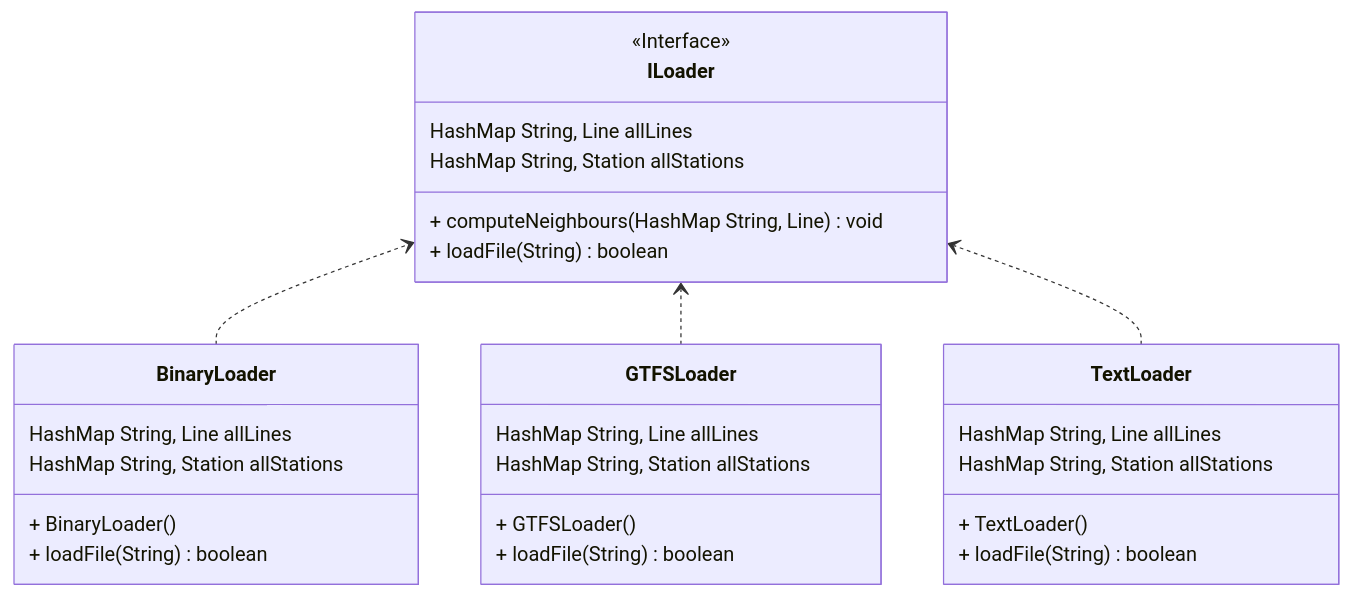
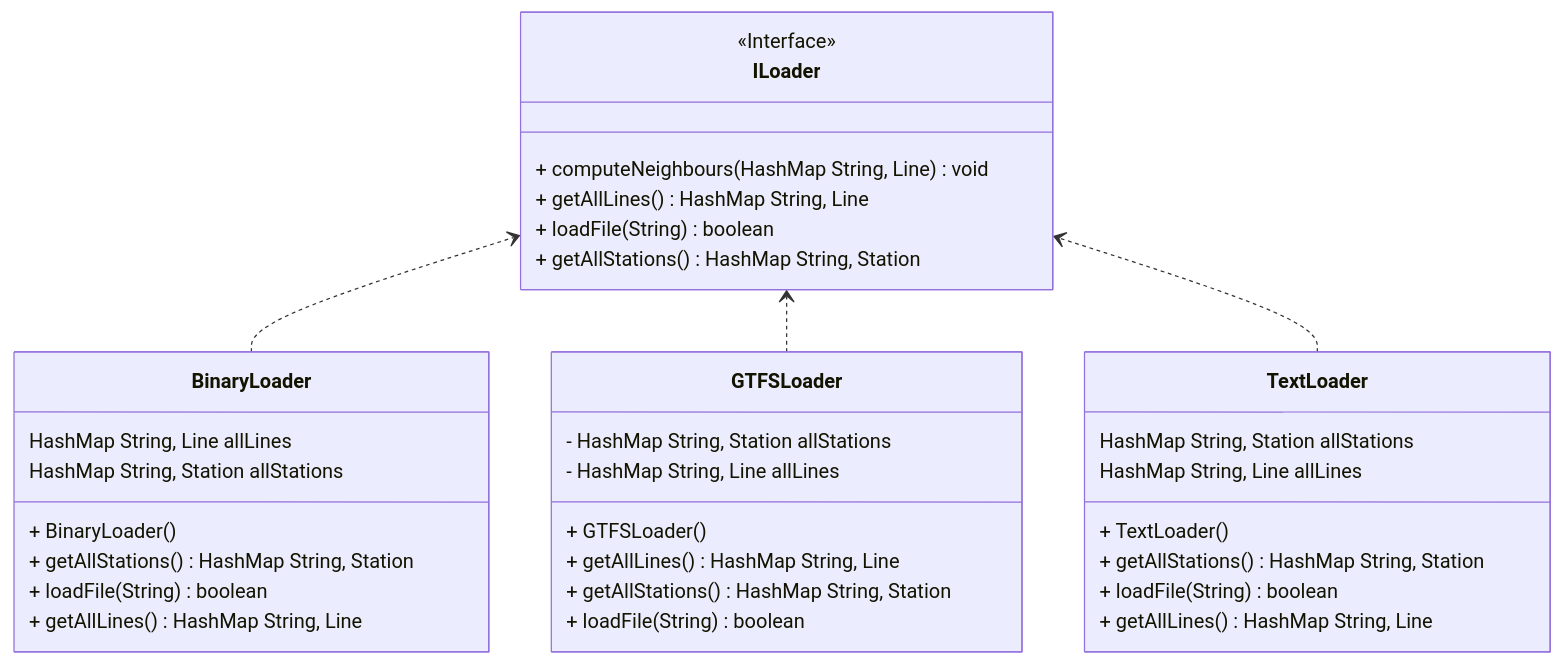
Before and after one commit to TUL2223ALG/2223alg2-semestralproject-daniel.adamek: the first of 9 diagrams in README.md, drawn with Mermaid. The commit also changed other lines of this file, not shown here.

Commit message:
class diagram

````diff
--- a/README.md
+++ b/README.md
@@ -37,33 +37,41 @@
 ```mermaid
 classDiagram
 direction BT
 class BinaryLoader {
   + BinaryLoader() 
+    HashMap String, Line  allLines
+    HashMap String, Station  allStations
+  + getAllStations() HashMap String, Station 
   + loadFile(String) boolean
-   HashMap String, Line  allLines
-   HashMap String, Station  allStations
+  + getAllLines() HashMap String, Line 
 }
 class GTFSLoader {
   + GTFSLoader() 
+  - HashMap String, Station  allStations
+  - HashMap String, Line  allLines
+  + getAllLines() HashMap String, Line 
+  + getAllStations() HashMap String, Station 
   + loadFile(String) boolean
-   HashMap String, Line  allLines
-   HashMap String, Station  allStations
 }
 class ILoader {
 <<Interface>>
   + computeNeighbours(HashMap String, Line ) void
+  + getAllLines() HashMap String, Line 
   + loadFile(String) boolean
-   HashMap String, Line  allLines
-   HashMap String, Station  allStations
+  + getAllStations() HashMap String, Station 
 }
 class TextLoader {
   + TextLoader() 
+    HashMap String, Station  allStations
+    HashMap String, Line  allLines
+  + getAllStations() HashMap String, Station 
   + loadFile(String) boolean
-   HashMap String, Line  allLines
-   HashMap String, Station  allStations
+  + getAllLines() HashMap String, Line 
 }
 
 BinaryLoader  ..>  ILoader 
 GTFSLoader  ..>  ILoader 
 TextLoader  ..>  ILoader 
+
+
 ```
````
